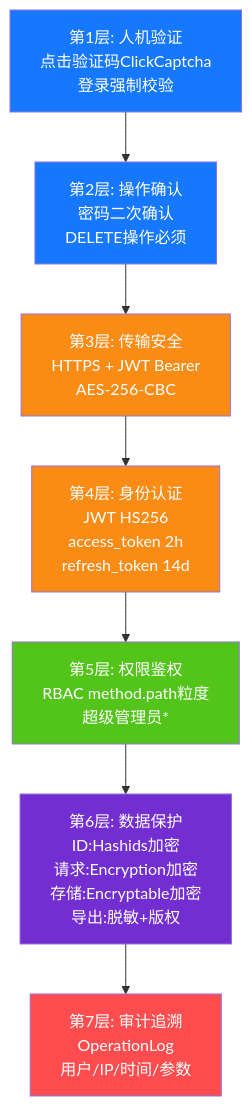
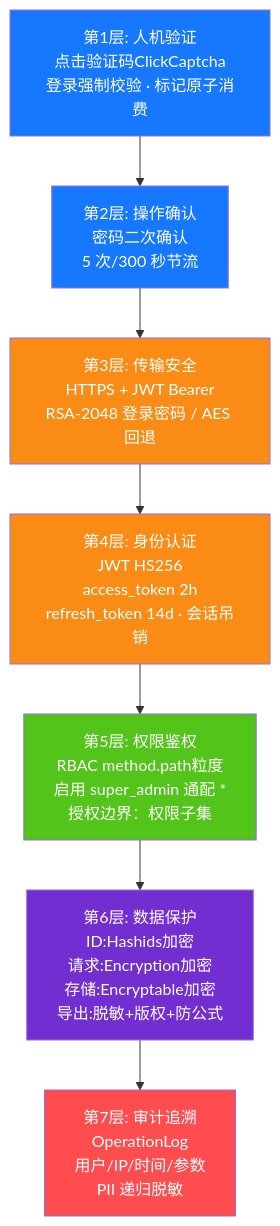
One commit to erikwang2013/open-admin changed the diagram in docs/diagrams/11-security-defense.md. Above: the diagram before and after it, drawn with Mermaid. The commit also changed 62 other files, not shown here.

````diff
--- a/docs/diagrams/11-security-defense.md
+++ b/docs/diagrams/11-security-defense.md
@@ -3,20 +3,20 @@
 ```mermaid
 flowchart TB
-    l1["第1层: 人机验证<br/>点击验证码ClickCaptcha<br/>登录强制校验"]
-    l2["第2层: 操作确认<br/>密码二次确认<br/>DELETE操作必须"]
-    l3["第3层: 传输安全<br/>HTTPS + JWT Bearer<br/>AES-256-CBC"]
-    l4["第4层: 身份认证<br/>JWT HS256<br/>access_token 2h<br/>refresh_token 14d"]
-    l5["第5层: 权限鉴权<br/>RBAC method.path粒度<br/>超级管理员*"]
-    l6["第6层: 数据保护<br/>ID:Hashids加密<br/>请求:Encryption加密<br/>存储:Encryptable加密<br/>导出:脱敏+版权"]
-    l7["第7层: 审计追溯<br/>OperationLog<br/>用户/IP/时间/参数"]
+    l1["第1层: 人机验证<br/>点击验证码ClickCaptcha<br/>登录强制校验 · 标记原子消费"]
+    l2["第2层: 操作确认<br/>密码二次确认<br/>5 次/300 秒节流"]
+    l3["第3层: 传输安全<br/>HTTPS + JWT Bearer<br/>RSA-2048 登录密码 / AES 回退"]
+    l4["第4层: 身份认证<br/>JWT HS256<br/>access_token 2h<br/>refresh_token 14d · 会话吊销"]
+    l5["第5层: 权限鉴权<br/>RBAC method.path粒度<br/>启用 super_admin 通配 *<br/>授权边界：权限子集"]
+    l6["第6层: 数据保护<br/>ID:Hashids加密<br/>请求:Encryption加密<br/>存储:Encryptable加密<br/>导出:脱敏+版权+防公式"]
+    l7["第7层: 审计追溯<br/>OperationLog<br/>用户/IP/时间/参数<br/>PII 递归脱敏"]
 
     l1 --> l2 --> l3 --> l4 --> l5 --> l6 --> l7
 
     style l1 fill:#1677FF,color:#fff
     style l2 fill:#1677FF,color:#fff
     style l3 fill:#FA8C16,color:#fff
     style l4 fill:#FA8C16,color:#fff
     style l5 fill:#52C41A,color:#fff
     style l6 fill:#722ED1,color:#fff
     style l7 fill:#FF4D4F,color:#fff
 ```
````
